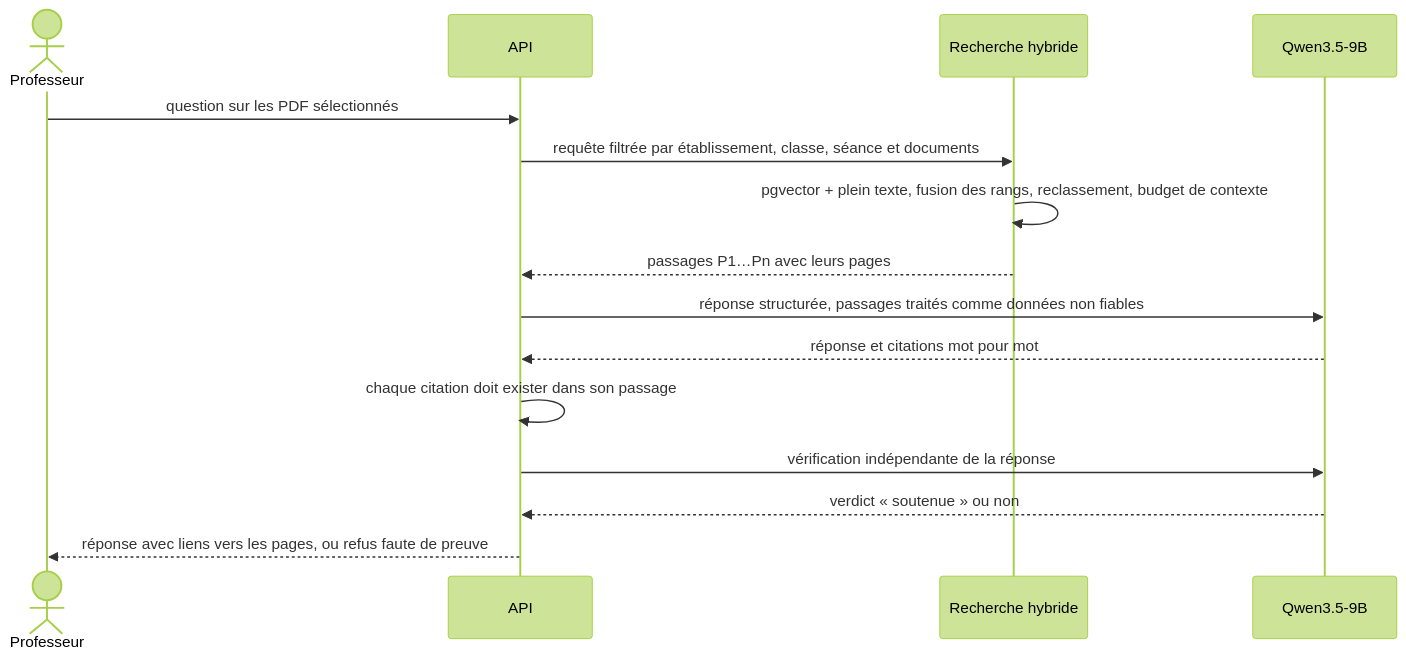
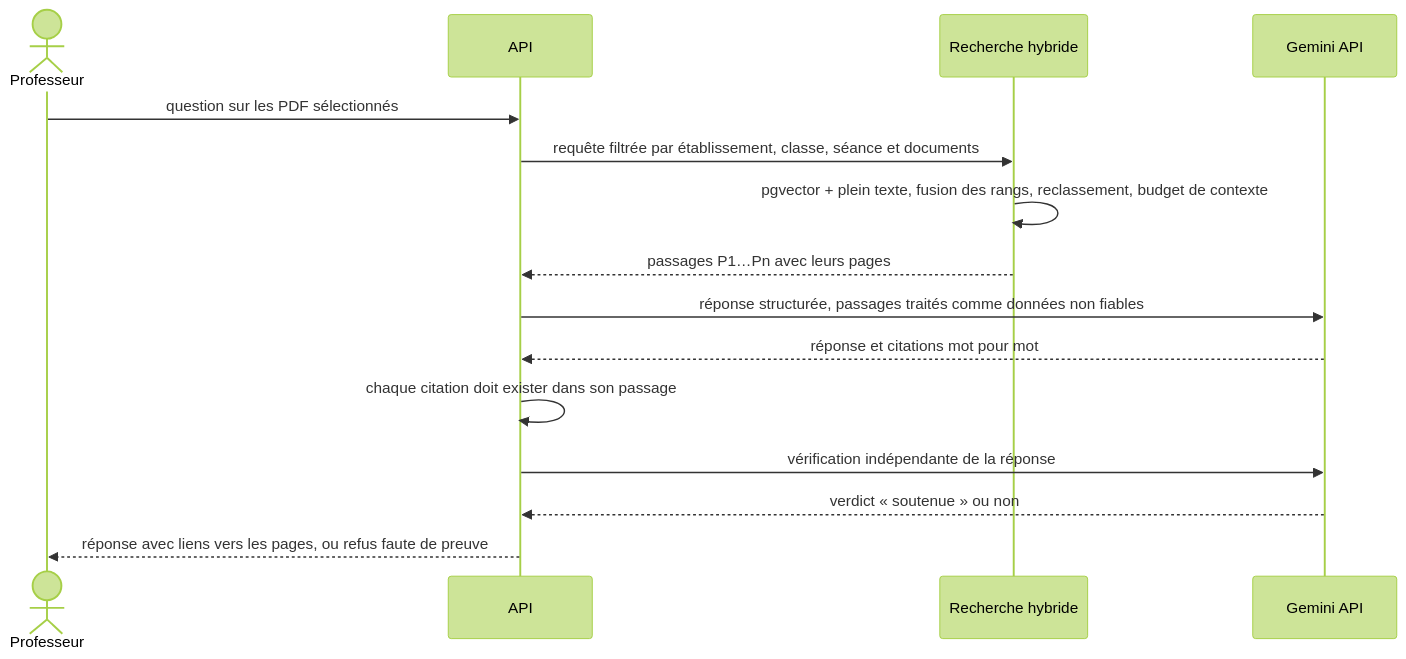
Before and after one commit to youssefrekik1/Neurvia: the third of 5 diagrams in README.md, drawn with Mermaid (forest theme). The commit also changed other lines of this file and 30 other files, not shown here.

````diff
--- a/README.md
+++ b/README.md
@@ -84,17 +84,17 @@
 ```mermaid
 sequenceDiagram
     actor P as Professeur
     participant A as API
     participant R as Recherche hybride
-    participant L as Qwen3.5-9B
+    participant L as Gemini API
     P->>A: question sur les PDF sélectionnés
     A->>R: requête filtrée par établissement, classe, séance et documents
     R->>R: pgvector + plein texte, fusion des rangs, reclassement, budget de contexte
     R-->>A: passages P1…Pn avec leurs pages
     A->>L: réponse structurée, passages traités comme données non fiables
     L-->>A: réponse et citations mot pour mot
     A->>A: chaque citation doit exister dans son passage
     A->>L: vérification indépendante de la réponse
     L-->>A: verdict « soutenue » ou non
     A-->>P: réponse avec liens vers les pages, ou refus faute de preuve
 ```
````
